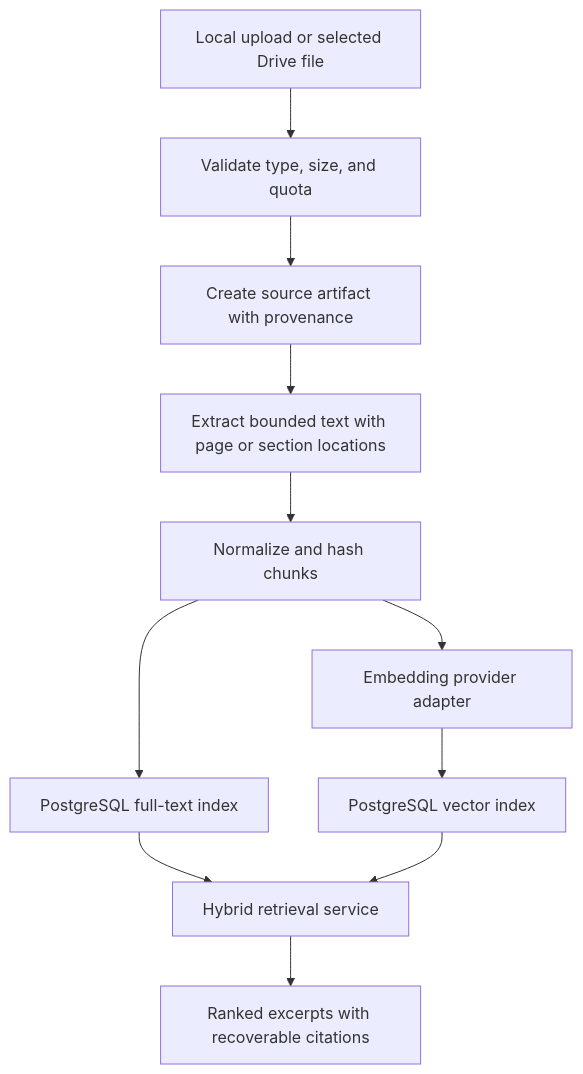
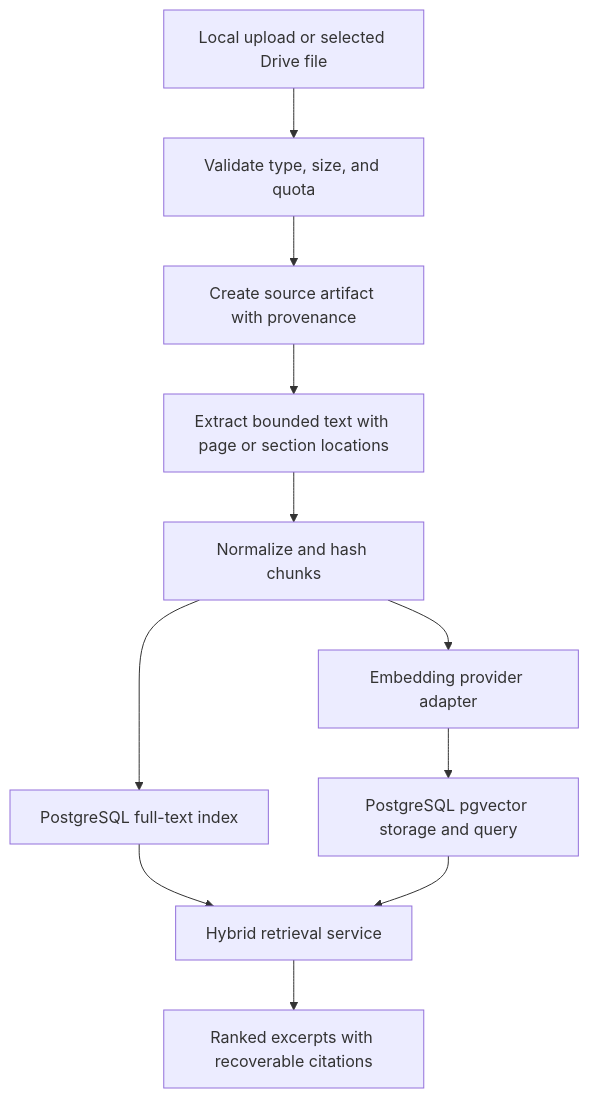
One commit to davidpal3c/NZeroESG_Scope3 changed the first of 2 diagrams in docs/langchain.rag.workflow.md. Above: the diagram before and after it, drawn with Mermaid. The commit also changed other lines of this file and 30 other files, not shown here.

````diff
--- a/docs/langchain.rag.workflow.md
+++ b/docs/langchain.rag.workflow.md
@@ -35,13 +35,13 @@
 ```mermaid
 flowchart TD
     A[Local upload or selected Drive file] --> B[Validate type, size, and quota]
     B --> C[Create source artifact with provenance]
     C --> D[Extract bounded text with page or section locations]
     D --> E[Normalize and hash chunks]
     E --> F[PostgreSQL full-text index]
     E --> G[Embedding provider adapter]
-    G --> H[PostgreSQL vector index]
+    G --> H[PostgreSQL pgvector storage and query]
     F --> I[Hybrid retrieval service]
     H --> I
     I --> J[Ranked excerpts with recoverable citations]
 ```
````
